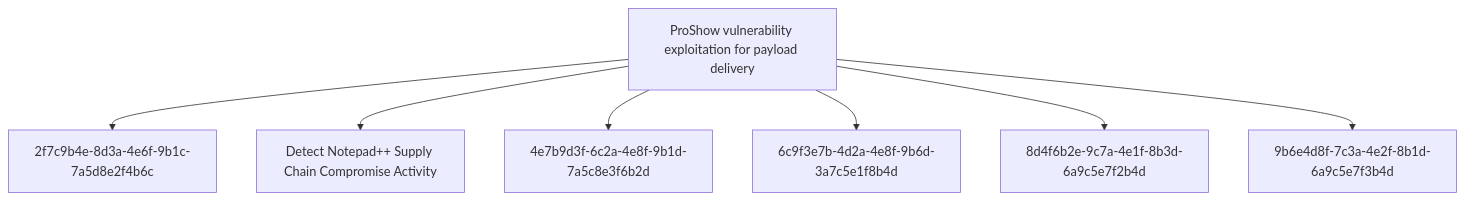
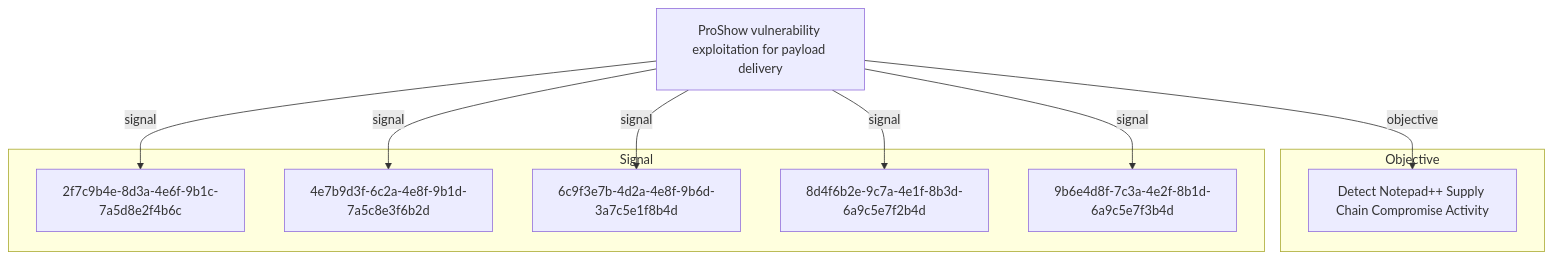
Before and after one commit to opentidehq/library: the second of 2 diagrams in docs/threats/proshow-vulnerability-exploitation-for-payload-delivery.md, drawn with Mermaid. The commit also changed other lines of this file and 277 other files, not shown here.

````diff
--- a/docs/threats/proshow-vulnerability-exploitation-for-payload-delivery.md
+++ b/docs/threats/proshow-vulnerability-exploitation-for-payload-delivery.md
@@ -321,16 +363,20 @@
 ```mermaid
 flowchart TB
-23d06aa7_f6d5_44ee_be8f_e6de2f495bd9["ProShow vulnerability exploitation for payload delivery"]
+subgraph "Objective"
+3e8b5d7f_9c2a_4f6e_8b1d_7a4c9e3f6b2d["Detect Notepad++ Supply Chain Compromise Activity"]
+end
+subgraph "Signal"
 2f7c9b4e_8d3a_4e6f_9b1c_7a5d8e2f4b6c["2f7c9b4e-8d3a-4e6f-9b1c-7a5d8e2f4b6c"]
-3e8b5d7f_9c2a_4f6e_8b1d_7a4c9e3f6b2d["Detect Notepad++ Supply Chain Compromise Activity"]
 4e7b9d3f_6c2a_4e8f_9b1d_7a5c8e3f6b2d["4e7b9d3f-6c2a-4e8f-9b1d-7a5c8e3f6b2d"]
 6c9f3e7b_4d2a_4e8f_9b6d_3a7c5e1f8b4d["6c9f3e7b-4d2a-4e8f-9b6d-3a7c5e1f8b4d"]
 8d4f6b2e_9c7a_4e1f_8b3d_6a9c5e7f2b4d["8d4f6b2e-9c7a-4e1f-8b3d-6a9c5e7f2b4d"]
 9b6e4d8f_7c3a_4e2f_8b1d_6a9c5e7f3b4d["9b6e4d8f-7c3a-4e2f-8b1d-6a9c5e7f3b4d"]
-23d06aa7_f6d5_44ee_be8f_e6de2f495bd9 --> 2f7c9b4e_8d3a_4e6f_9b1c_7a5d8e2f4b6c
-23d06aa7_f6d5_44ee_be8f_e6de2f495bd9 --> 3e8b5d7f_9c2a_4f6e_8b1d_7a4c9e3f6b2d
-23d06aa7_f6d5_44ee_be8f_e6de2f495bd9 --> 4e7b9d3f_6c2a_4e8f_9b1d_7a5c8e3f6b2d
-23d06aa7_f6d5_44ee_be8f_e6de2f495bd9 --> 6c9f3e7b_4d2a_4e8f_9b6d_3a7c5e1f8b4d
-23d06aa7_f6d5_44ee_be8f_e6de2f495bd9 --> 8d4f6b2e_9c7a_4e1f_8b3d_6a9c5e7f2b4d
-23d06aa7_f6d5_44ee_be8f_e6de2f495bd9 --> 9b6e4d8f_7c3a_4e2f_8b1d_6a9c5e7f3b4d
+end
+23d06aa7_f6d5_44ee_be8f_e6de2f495bd9["ProShow vulnerability exploitation for payload delivery"]
+23d06aa7_f6d5_44ee_be8f_e6de2f495bd9 -->|objective| 3e8b5d7f_9c2a_4f6e_8b1d_7a4c9e3f6b2d
+23d06aa7_f6d5_44ee_be8f_e6de2f495bd9 -->|signal| 2f7c9b4e_8d3a_4e6f_9b1c_7a5d8e2f4b6c
+23d06aa7_f6d5_44ee_be8f_e6de2f495bd9 -->|signal| 4e7b9d3f_6c2a_4e8f_9b1d_7a5c8e3f6b2d
+23d06aa7_f6d5_44ee_be8f_e6de2f495bd9 -->|signal| 6c9f3e7b_4d2a_4e8f_9b6d_3a7c5e1f8b4d
+23d06aa7_f6d5_44ee_be8f_e6de2f495bd9 -->|signal| 8d4f6b2e_9c7a_4e1f_8b3d_6a9c5e7f2b4d
+23d06aa7_f6d5_44ee_be8f_e6de2f495bd9 -->|signal| 9b6e4d8f_7c3a_4e2f_8b1d_6a9c5e7f3b4d
 ```
````
